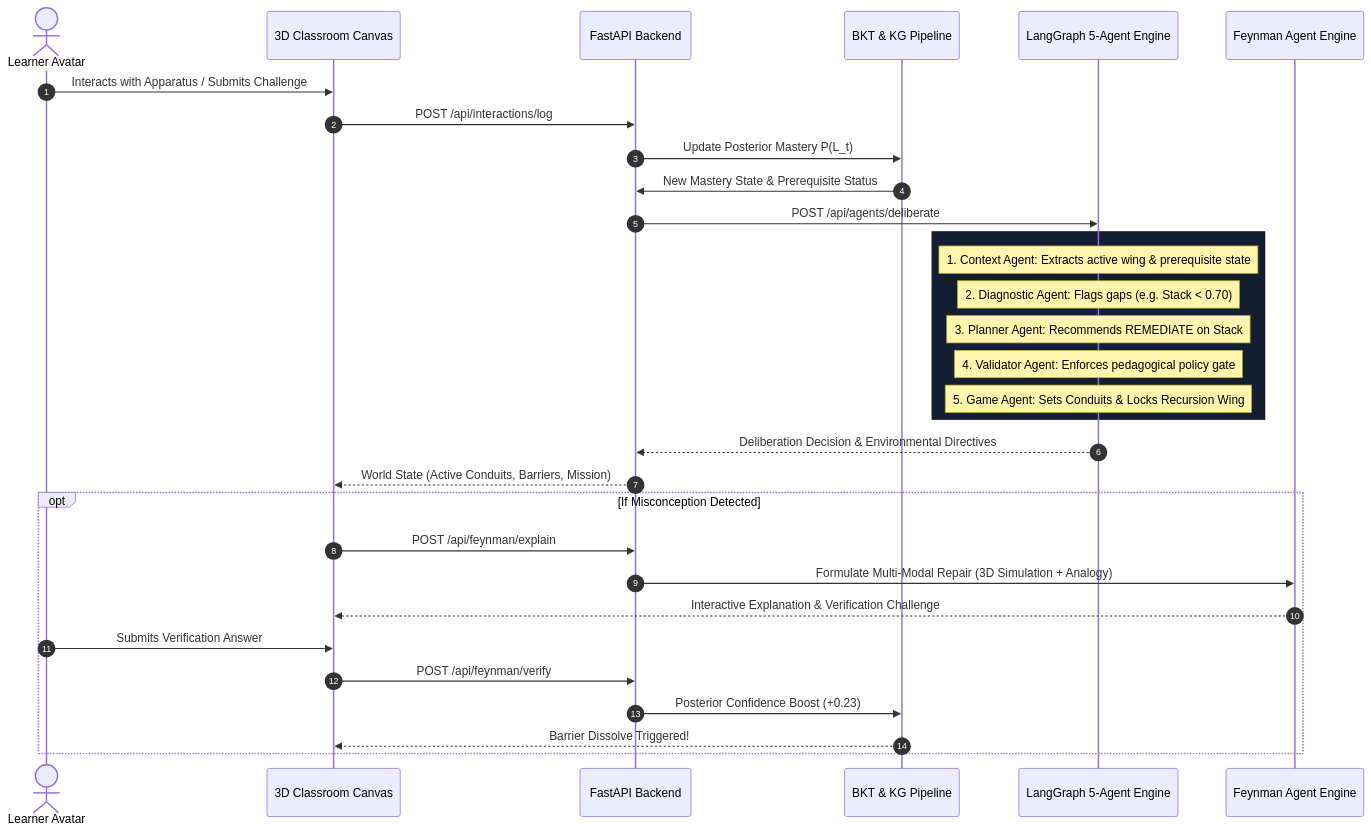
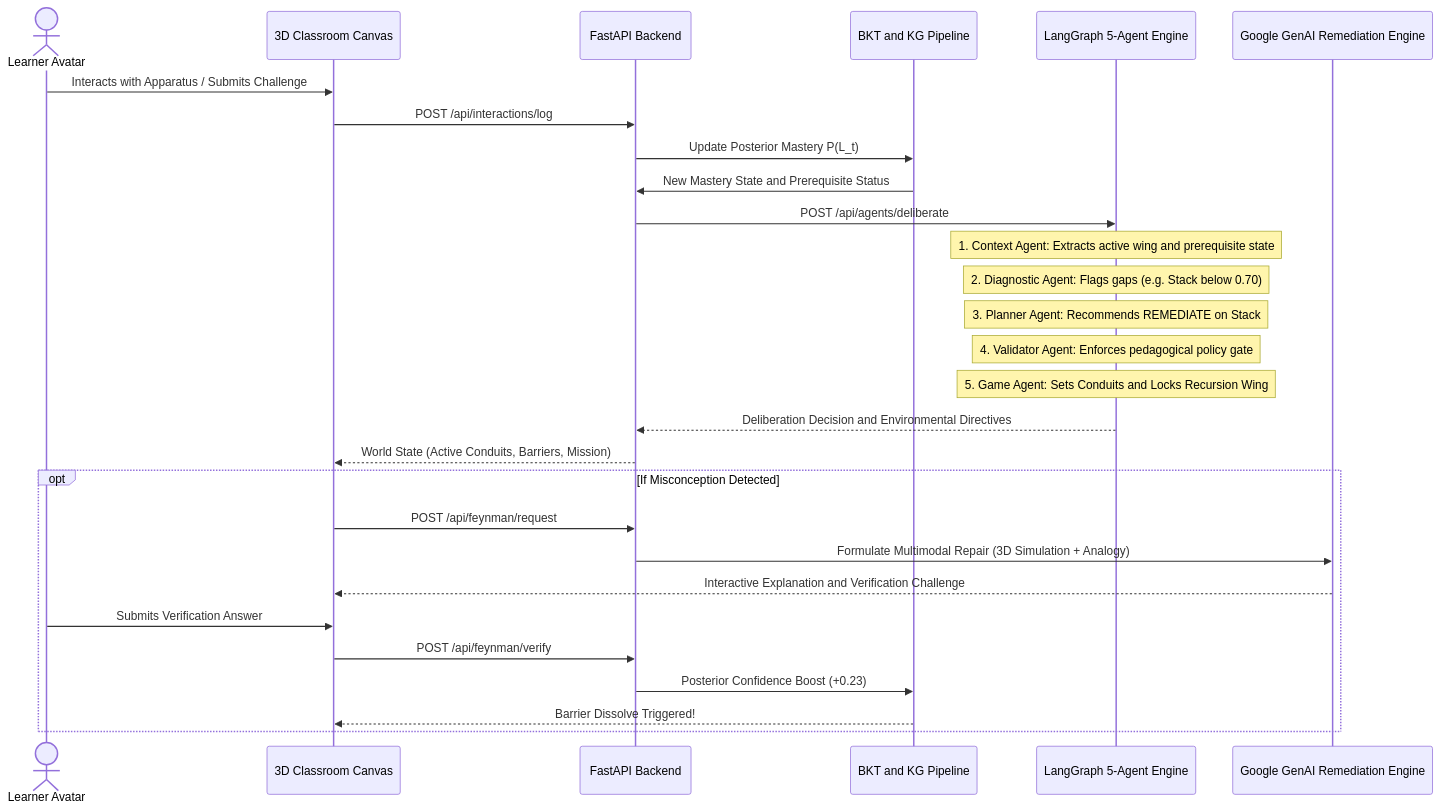
The second of 3 diagrams in README.md (Abhiman12406/LearniVerse-AI), drawn with Mermaid before and after one commit. The commit also changed other lines of this file, not shown here.

Commit message:
docs(readme): fix Mermaid diagram syntax and SVG rendering issues for GitHub

````diff
--- a/README.md
+++ b/README.md
@@ -176,37 +176,34 @@
 ```mermaid
 sequenceDiagram
-    autonumber
     actor Learner as Learner Avatar
     participant Canvas as 3D Classroom Canvas
     participant API as FastAPI Backend
-    participant BKT as BKT & KG Pipeline
+    participant BKT as BKT and KG Pipeline
     participant Agents as LangGraph 5-Agent Engine
-    participant Feynman as Feynman Agent Engine
+    participant GenAI as Google GenAI Remediation Engine
 
     Learner->>Canvas: Interacts with Apparatus / Submits Challenge
     Canvas->>API: POST /api/interactions/log
     API->>BKT: Update Posterior Mastery P(L_t)
-    BKT->>API: New Mastery State & Prerequisite Status
+    BKT->>API: New Mastery State and Prerequisite Status
     API->>Agents: POST /api/agents/deliberate
-    
-    rect rgb(20, 30, 50)
-        Note over Agents: 1. Context Agent: Extracts active wing & prerequisite state
-        Note over Agents: 2. Diagnostic Agent: Flags gaps (e.g. Stack < 0.70)
-        Note over Agents: 3. Planner Agent: Recommends REMEDIATE on Stack
-        Note over Agents: 4. Validator Agent: Enforces pedagogical policy gate
-        Note over Agents: 5. Game Agent: Sets Conduits & Locks Recursion Wing
-    end
-    
-    Agents-->>API: Deliberation Decision & Environmental Directives
+
+    Note over Agents: 1. Context Agent: Extracts active wing and prerequisite state
+    Note over Agents: 2. Diagnostic Agent: Flags gaps (e.g. Stack below 0.70)
+    Note over Agents: 3. Planner Agent: Recommends REMEDIATE on Stack
+    Note over Agents: 4. Validator Agent: Enforces pedagogical policy gate
+    Note over Agents: 5. Game Agent: Sets Conduits and Locks Recursion Wing
+
+    Agents-->>API: Deliberation Decision and Environmental Directives
     API-->>Canvas: World State (Active Conduits, Barriers, Mission)
-    
+
     opt If Misconception Detected
-        Canvas->>API: POST /api/feynman/explain
-        API->>Feynman: Formulate Multi-Modal Repair (3D Simulation + Analogy)
-        Feynman-->>Canvas: Interactive Explanation & Verification Challenge
+        Canvas->>API: POST /api/feynman/request
+        API->>GenAI: Formulate Multimodal Repair (3D Simulation + Analogy)
+        GenAI-->>Canvas: Interactive Explanation and Verification Challenge
         Learner->>Canvas: Submits Verification Answer
         Canvas->>API: POST /api/feynman/verify
         API->>BKT: Posterior Confidence Boost (+0.23)
         BKT-->>Canvas: Barrier Dissolve Triggered!
     end
 ```
````
